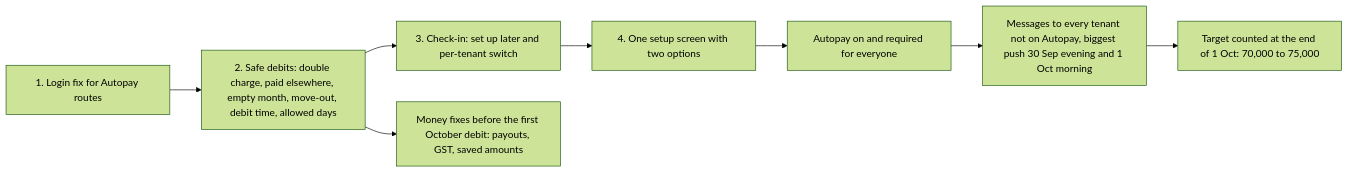
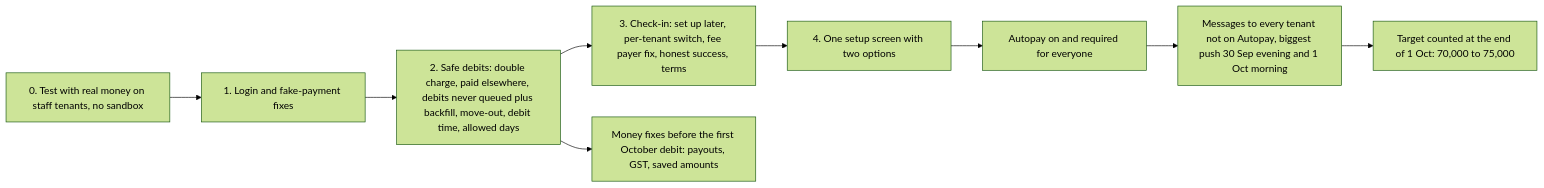
The eighth of 9 diagrams in map/diagrams.md (eazyapp-tech/rentok-autopay), drawn with Mermaid (forest theme) before and after one commit. The commit also changed 5 other files, not shown here.

Commit message:
Map v4: code-check fixes in the build order, R52 one Autopay link, R53 platform fee range, proposals for counting, links, testing and stopping debits (#5)

````diff
--- a/map/diagrams.md
+++ b/map/diagrams.md
@@ -196,10 +196,10 @@
 ```mermaid
 flowchart LR
-    S1["1. Login fix for Autopay routes"] --> S2["2. Safe debits: double charge, paid elsewhere, empty month, move-out, debit time, allowed days"]
-    S2 --> S3["3. Check-in: set up later and per-tenant switch"]
+    S0["0. Test with real money on staff tenants, no sandbox"] --> S1["1. Login and fake-payment fixes"] --> S2["2. Safe debits: double charge, paid elsewhere, debits never queued plus backfill, move-out, debit time, allowed days"]
+    S2 --> S3["3. Check-in: set up later, per-tenant switch, fee payer fix, honest success, terms"]
     S3 --> S4["4. One setup screen with two options"]
     S4 --> ON["Autopay on and required for everyone"]
     S2 --> MF["Money fixes before the first October debit: payouts, GST, saved amounts"]
     ON --> W["Messages to every tenant not on Autopay, biggest push 30 Sep evening and 1 Oct morning"]
     W --> T["Target counted at the end of 1 Oct: 70,000 to 75,000"]
 ```
````
